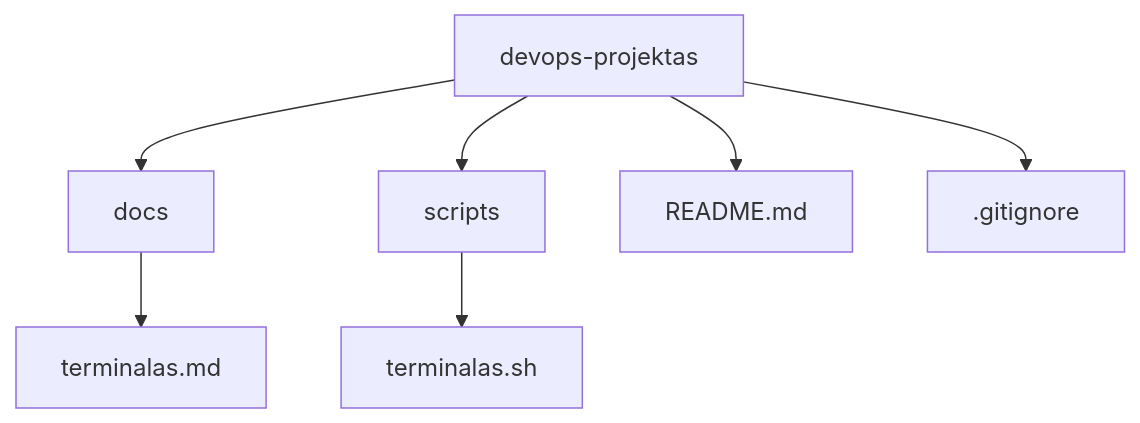
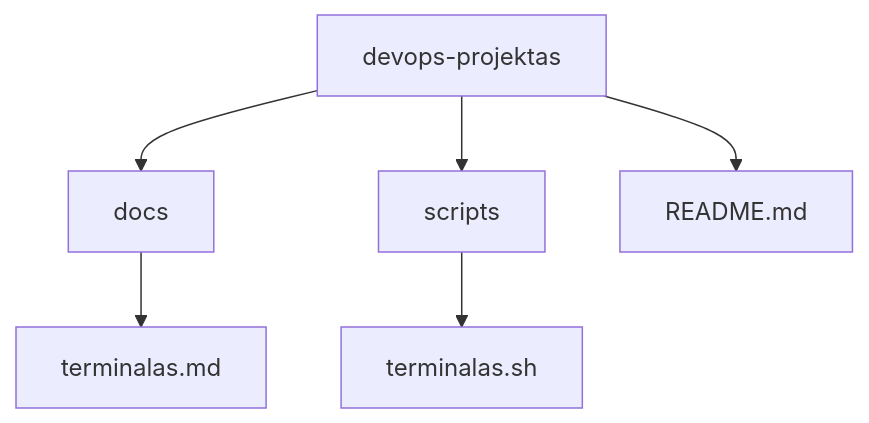
Before and after one commit to dkoncius/Techin-DevOps: the first of 2 diagrams in kursas/02 Linux terminalas/pamoka.md, drawn with Mermaid. The commit also changed other lines of this file and 10 other files, not shown here.

````diff
--- a/kursas/02 Linux terminalas/pamoka.md
+++ b/kursas/02 Linux terminalas/pamoka.md
@@ -53,9 +56,8 @@
 ```mermaid
 flowchart TD
     saknis[devops-projektas] --> docs[docs]
     saknis --> scripts[scripts]
     saknis --> readme[README.md]
-    saknis --> gi[.gitignore]
     docs --> d1[terminalas.md]
     scripts --> s1[terminalas.sh]
 ```
````
